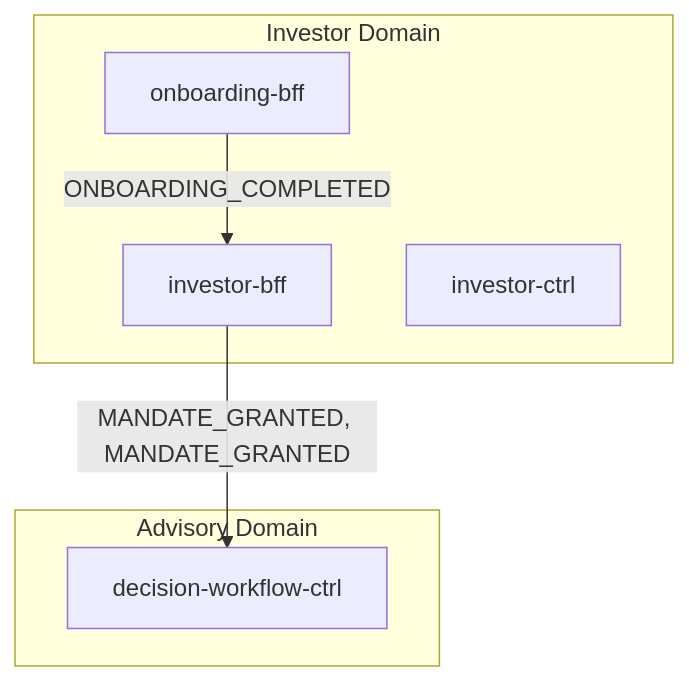
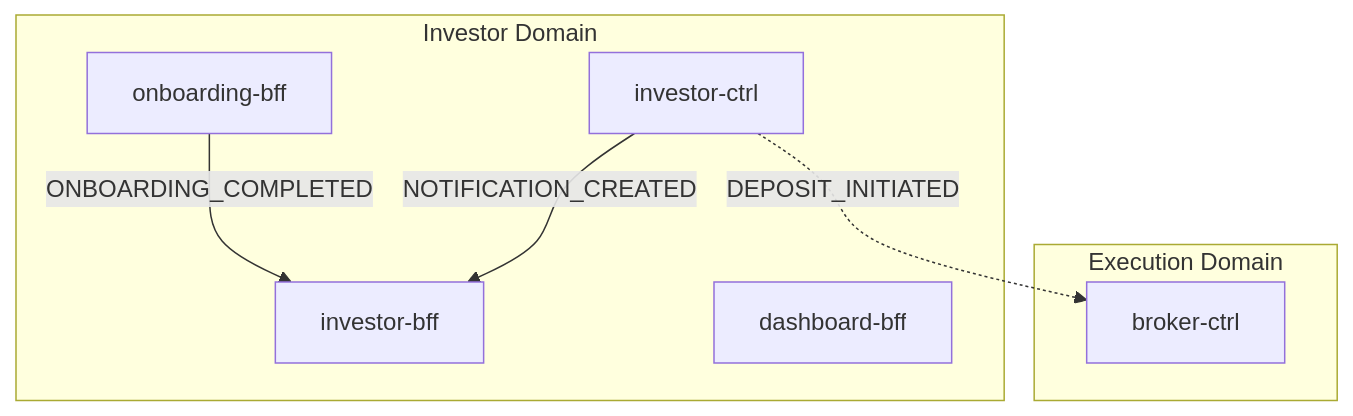
The first of 2 diagrams in docs/data-flows/investor-onboarding.md (fabio-vitali/nestfolio), drawn with Mermaid before and after one commit. The commit also changed other lines of this file and 53 other files, not shown here.

First line of the commit message:
docs: regenerate all service cards, flow specs, and C4 diagrams via /init-docs

````diff
--- a/docs/data-flows/investor-onboarding.md
+++ b/docs/data-flows/investor-onboarding.md
@@ -11,13 +11,15 @@
 ```mermaid
 flowchart TD
     subgraph investor["Investor Domain"]
         onboarding_bff["onboarding-bff"]
         investor_bff["investor-bff"]
         investor_ctrl["investor-ctrl"]
+        dashboard_bff["dashboard-bff"]
     end
-    subgraph advisory["Advisory Domain"]
-        decision_workflow_ctrl["decision-workflow-ctrl"]
+    subgraph execution["Execution Domain"]
+        broker_ctrl["broker-ctrl"]
     end
     onboarding_bff -->|"ONBOARDING_COMPLETED"| investor_bff
-    investor_bff -->|"MANDATE_GRANTED, MANDATE_GRANTED"| decision_workflow_ctrl
+    investor_ctrl -->|"NOTIFICATION_CREATED"| investor_bff
+    investor_ctrl -.->|"DEPOSIT_INITIATED"| broker_ctrl
 ```
````
